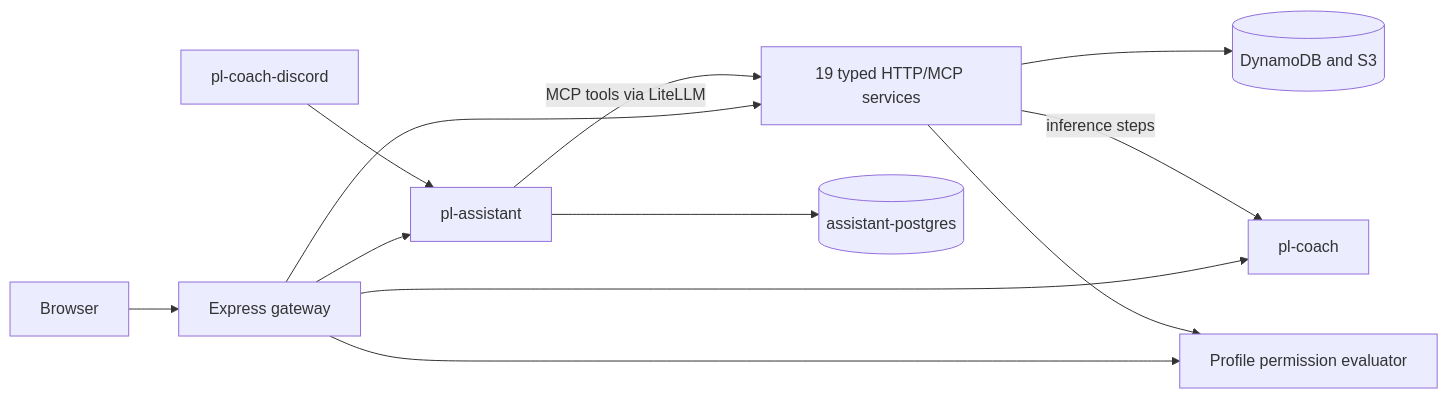
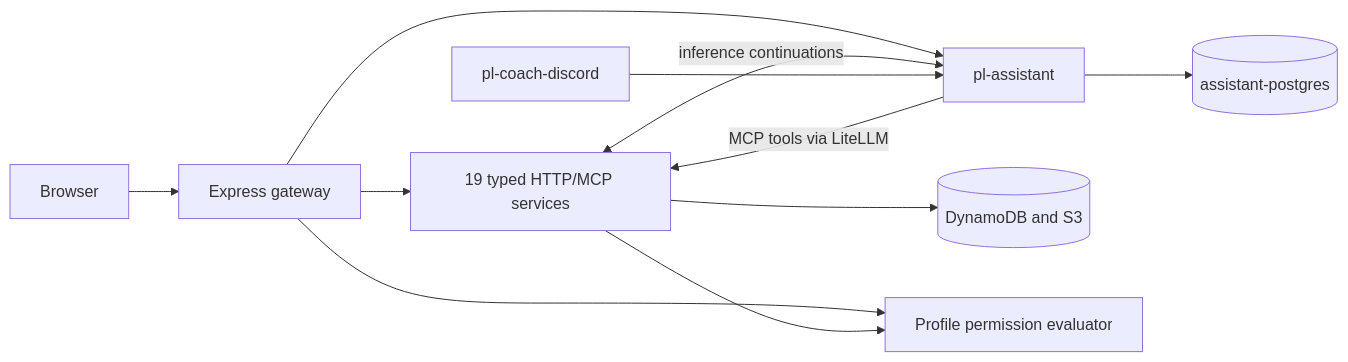
The first of 13 diagrams in docs/ARCHITECTURE.md (PierreStephaneVoltaire/ai-powerlifting), drawn with Mermaid before and after one commit. The commit also changed other lines of this file and 114 other files, not shown here.

````diff
--- a/docs/ARCHITECTURE.md
+++ b/docs/ARCHITECTURE.md
@@ -23,14 +23,13 @@
 ```mermaid
 flowchart LR
   Browser["Browser"] --> Gateway["Express gateway"]
   Gateway --> Service["19 typed HTTP/MCP services"]
-  Gateway --> Coach["pl-coach"]
   Gateway --> Assistant["pl-assistant"]
-  Service -->|"inference steps"| Coach
+  Service <-->|"inference continuations"| Assistant
   Assistant -->|"MCP tools via LiteLLM"| Service
   Bot["pl-coach-discord"] --> Assistant
   Assistant --> AssistantDB[("assistant-postgres")]
   Service --> Store[("DynamoDB and S3")]
   Gateway --> Profile["Profile permission evaluator"]
   Service --> Profile
 ```
````
